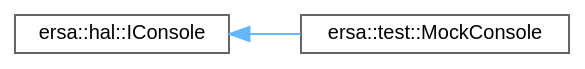
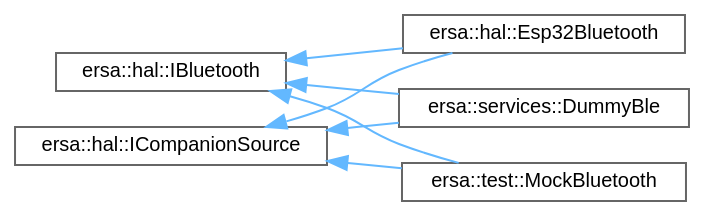
Before and after one commit to ersascape/ErsaWearableOS: the diagram in wiki/api/inherit_graph_33.dot, drawn with Graphviz. The commit also changed 436 other files, not shown here.

```diff
--- a/wiki/api/inherit_graph_33.dot
+++ b/wiki/api/inherit_graph_33.dot
@@ -1,11 +1,19 @@
 digraph "Graphical Class Hierarchy"
 {
  // LATEX_PDF_SIZE
   bgcolor="transparent";
   edge [fontname=Helvetica,fontsize=10,labelfontname=Helvetica,labelfontsize=10];
   node [fontname=Helvetica,fontsize=10,shape=box,height=0.2,width=0.4];
   rankdir="LR";
-  Node0 [id="Node000000",label="ersa::hal::IConsole",height=0.2,width=0.4,color="grey40", fillcolor="white", style="filled",URL="$d4/d69/classersa_1_1hal_1_1IConsole.html",tooltip=" "];
-  Node0 -> Node1 [id="edge14_Node000000_Node000001",dir="back",color="steelblue1",style="solid",tooltip=" "];
-  Node1 [id="Node000001",label="ersa::test::MockConsole",height=0.2,width=0.4,color="grey40", fillcolor="white", style="filled",URL="$da/d26/classersa_1_1test_1_1MockConsole.html",tooltip=" "];
+  Node0 [id="Node000000",label="ersa::hal::IBluetooth",height=0.2,width=0.4,color="grey40", fillcolor="white", style="filled",URL="$d7/d52/classersa_1_1hal_1_1IBluetooth.html",tooltip=" "];
+  Node0 -> Node1 [id="edge8_Node000000_Node000001",dir="back",color="steelblue1",style="solid",tooltip=" "];
+  Node1 [id="Node000001",label="ersa::hal::Esp32Bluetooth",height=0.2,width=0.4,color="grey40", fillcolor="white", style="filled",URL="$d6/d72/classersa_1_1hal_1_1Esp32Bluetooth.html",tooltip=" "];
+  Node0 -> Node3 [id="edge9_Node000000_Node000003",dir="back",color="steelblue1",style="solid",tooltip=" "];
+  Node3 [id="Node000003",label="ersa::services::DummyBle",height=0.2,width=0.4,color="grey40", fillcolor="white", style="filled",URL="$d2/d84/classersa_1_1services_1_1DummyBle.html",tooltip=" "];
+  Node0 -> Node4 [id="edge10_Node000000_Node000004",dir="back",color="steelblue1",style="solid",tooltip=" "];
+  Node4 [id="Node000004",label="ersa::test::MockBluetooth",height=0.2,width=0.4,color="grey40", fillcolor="white", style="filled",URL="$d6/db0/classersa_1_1test_1_1MockBluetooth.html",tooltip=" "];
+  Node2 [id="Node000002",label="ersa::hal::ICompanionSource",height=0.2,width=0.4,color="grey40", fillcolor="white", style="filled",URL="$d3/dfe/classersa_1_1hal_1_1ICompanionSource.html",tooltip=" "];
+  Node2 -> Node1 [id="edge11_Node000002_Node000001",dir="back",color="steelblue1",style="solid",tooltip=" "];
+  Node2 -> Node3 [id="edge12_Node000002_Node000003",dir="back",color="steelblue1",style="solid",tooltip=" "];
+  Node2 -> Node4 [id="edge13_Node000002_Node000004",dir="back",color="steelblue1",style="solid",tooltip=" "];
 }
```
